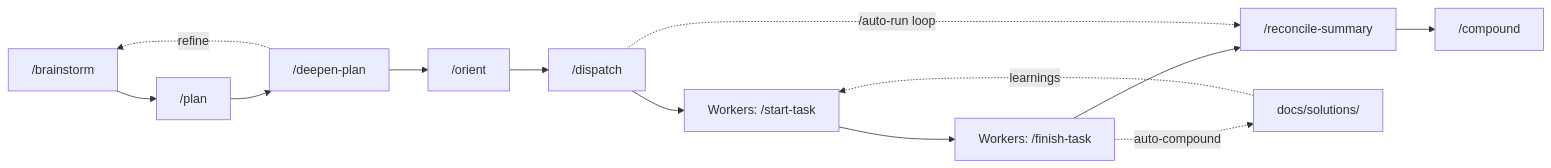
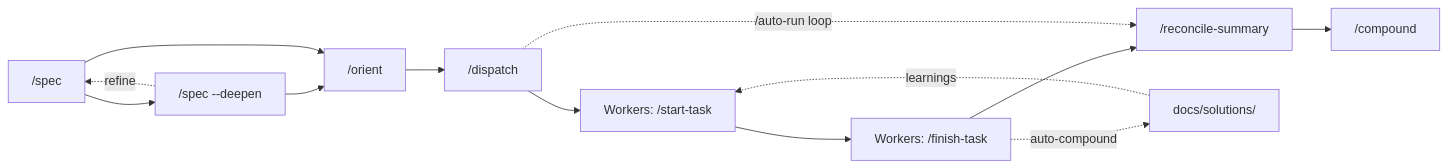
Before and after one commit to josephneumann/claude-config: the diagram in README.md, drawn with Mermaid. The commit also changed other lines of this file and 24 other files, not shown here.

````diff
--- a/README.md
+++ b/README.md
@@ -78,15 +78,15 @@
 ```mermaid
 graph LR
-    A["/brainstorm"] --> B["/plan"]
-    B --> C["/deepen-plan"]
-    C -.->|"refine"| A
-    C --> D["/orient"]
+    A["/spec"] --> B["/spec --deepen"]
+    B -.->|"refine"| A
+    B --> D["/orient"]
+    A --> D
     D --> E["/dispatch"]
     E --> F["Workers: /start-task"]
     F --> G["Workers: /finish-task"]
     G --> H["/reconcile-summary"]
     G -.->|"auto-compound"| K["docs/solutions/"]
     K -.->|"learnings"| F
     H --> I["/compound"]
     E -.->|"/auto-run loop"| H
 ```
````
